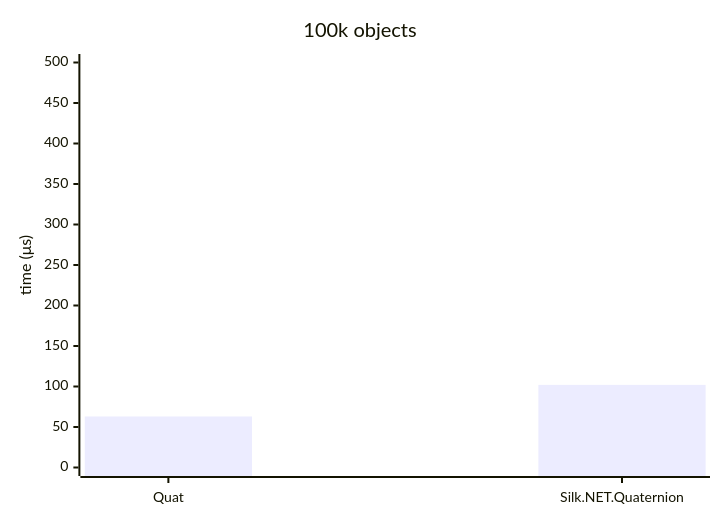
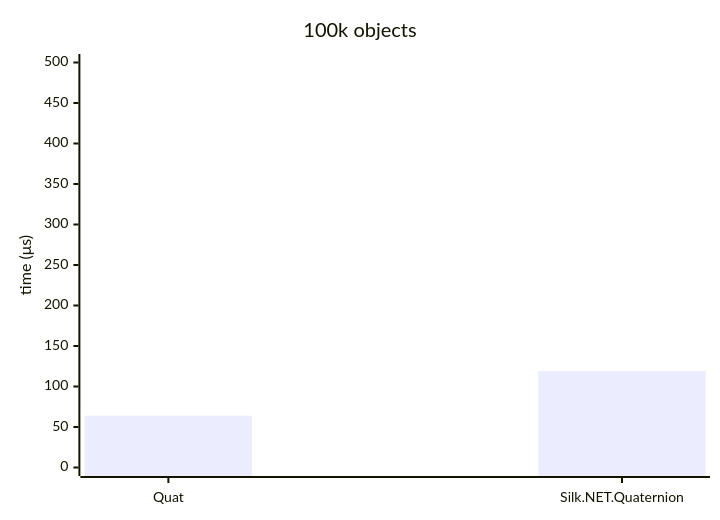
Before and after one commit to malstraem/generic-simd-numerics: the third of 6 diagrams in reports/quat-f64.md, drawn with Mermaid. The commit also changed other lines of this file and 178 other files, not shown here.

````diff
--- a/reports/quat-f64.md
+++ b/reports/quat-f64.md
@@ -337,7 +342,7 @@
 ```mermaid
 xychart
     title "100k objects"
     x-axis [Quat, Silk.NET.Quaternion]
     y-axis "time (μs)" 0 --> 500
-    bar [63, 102]
+    bar [64, 119]
 ```
````
